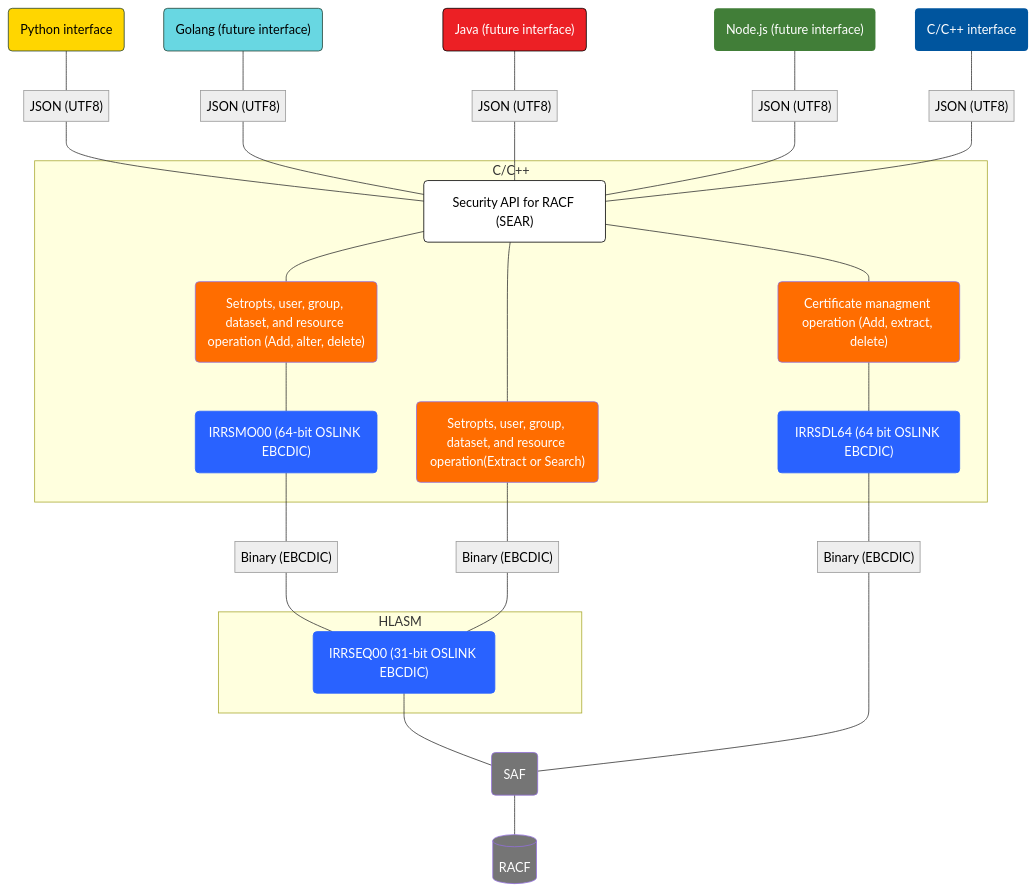
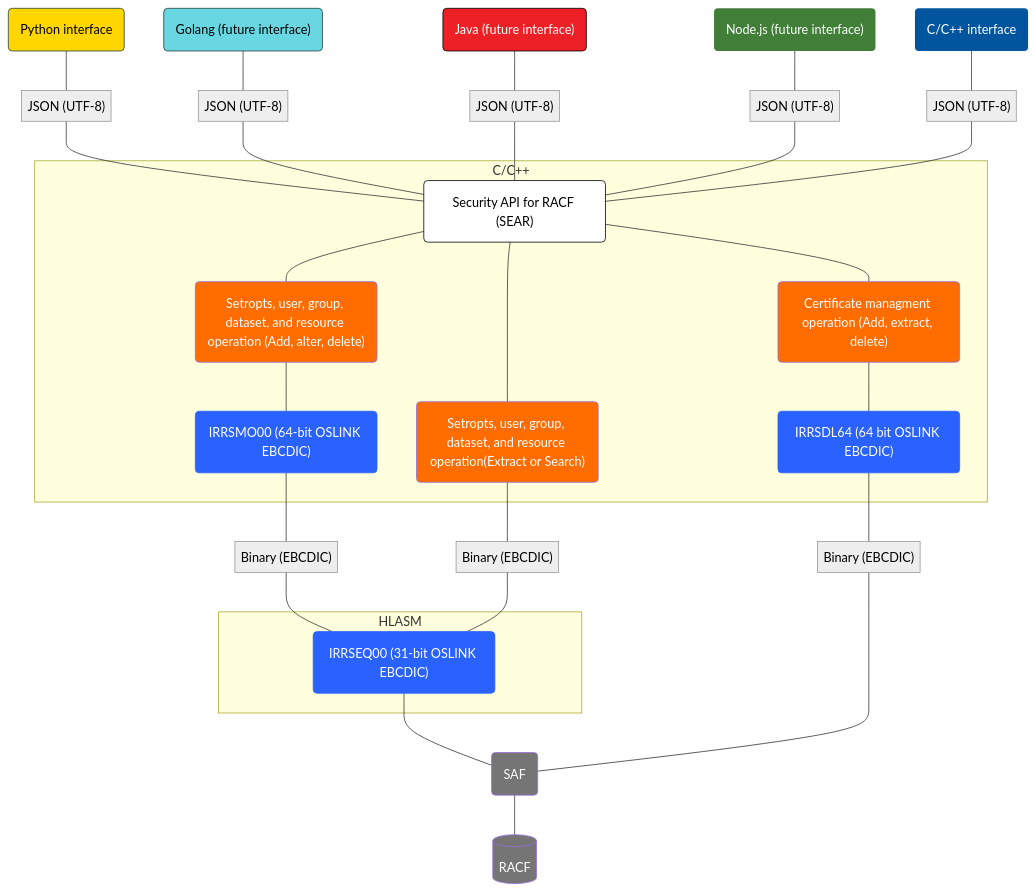
Before and after one commit to Mainframe-Renewal-Project/sear-docs: the diagram in index.md, drawn with Mermaid.

Commit message:
Minor formatting changes

```diff
--- a/index.md
+++ b/index.md
@@ -105,7 +105,7 @@
  subgraph s2["HLASM"]
         n4["IRRSEQ00 (31-bit OSLINK EBCDIC)"]
   end
-    A["Python interface"] --- n3@{ label: "<span style=\"padding-left:\">JSON (UTF8)</span>" }
+    A["Python interface"] --- n3@{ label: "<span style=\"padding-left:\">JSON (UTF-8)</span>" }
     n3 --- n1
     n1 --- n5 & n7 & n12
     n5 --- n2
@@ -116,15 +116,15 @@
     n10["SAF"] --- n9["RACF"]
     n4 --- n10
     n12 --- n11
-    n13["Golang (future interface)"] --- n14@{ label: "<span style=\"padding-left:\">JSON (UTF8)</span>" }
+    n13["Golang (future interface)"] --- n14@{ label: "<span style=\"padding-left:\">JSON (UTF-8)</span>" }
     n14 --- n1
-    n15["Java (future interface)"] --- n16@{ label: "<span style=\"padding-left:\">JSON (UTF8)</span>" }
+    n15["Java (future interface)"] --- n16@{ label: "<span style=\"padding-left:\">JSON (UTF-8)</span>" }
     n16 --- n1
-    n17["Node.js (future interface)"] --- n18@{ label: "<span style=\"padding-left:\">JSON (UTF8)</span>" }
+    n17["Node.js (future interface)"] --- n18@{ label: "<span style=\"padding-left:\">JSON (UTF-8)</span>" }
     n18 --- n1
     n11 --- n19["Binary (EBCDIC)"]
     n19 --- n10
-    n20["C/C++ interface"] --- n21@{ label: "<span style=\"padding-left:\">JSON (UTF8)</span>" }
+    n20["C/C++ interface"] --- n21@{ label: "<span style=\"padding-left:\">JSON (UTF-8)</span>" }
     n21 --- n1
     n1@{ shape: rounded}
     n2@{ shape: rounded}
```
